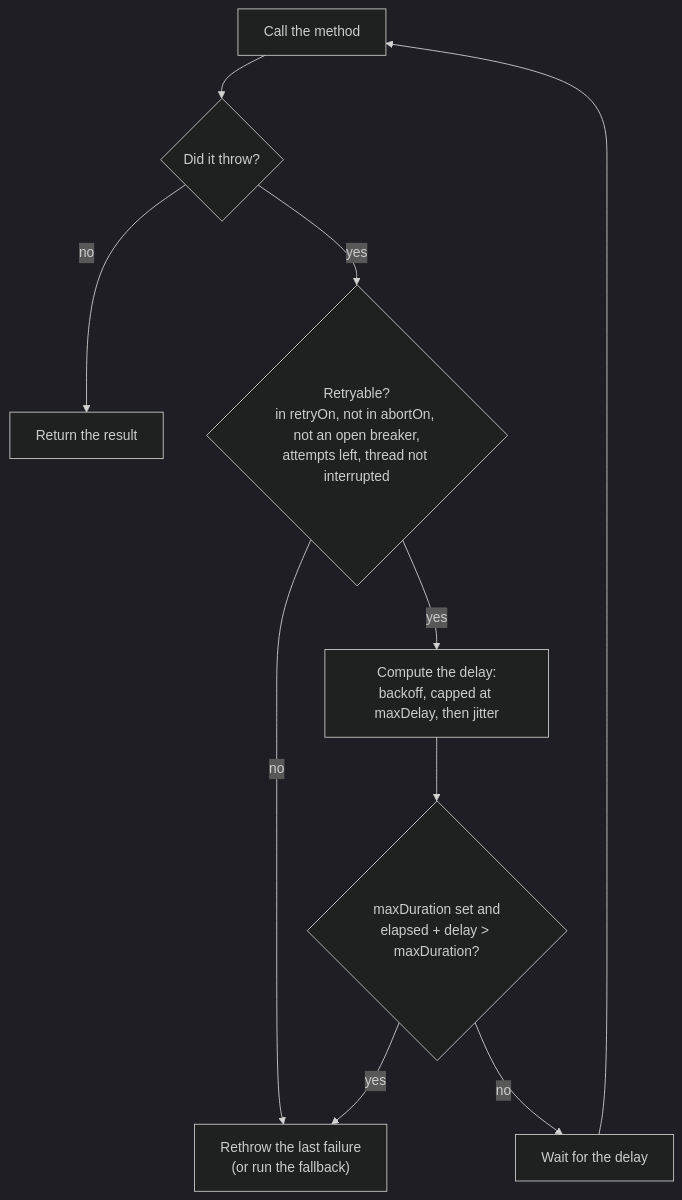
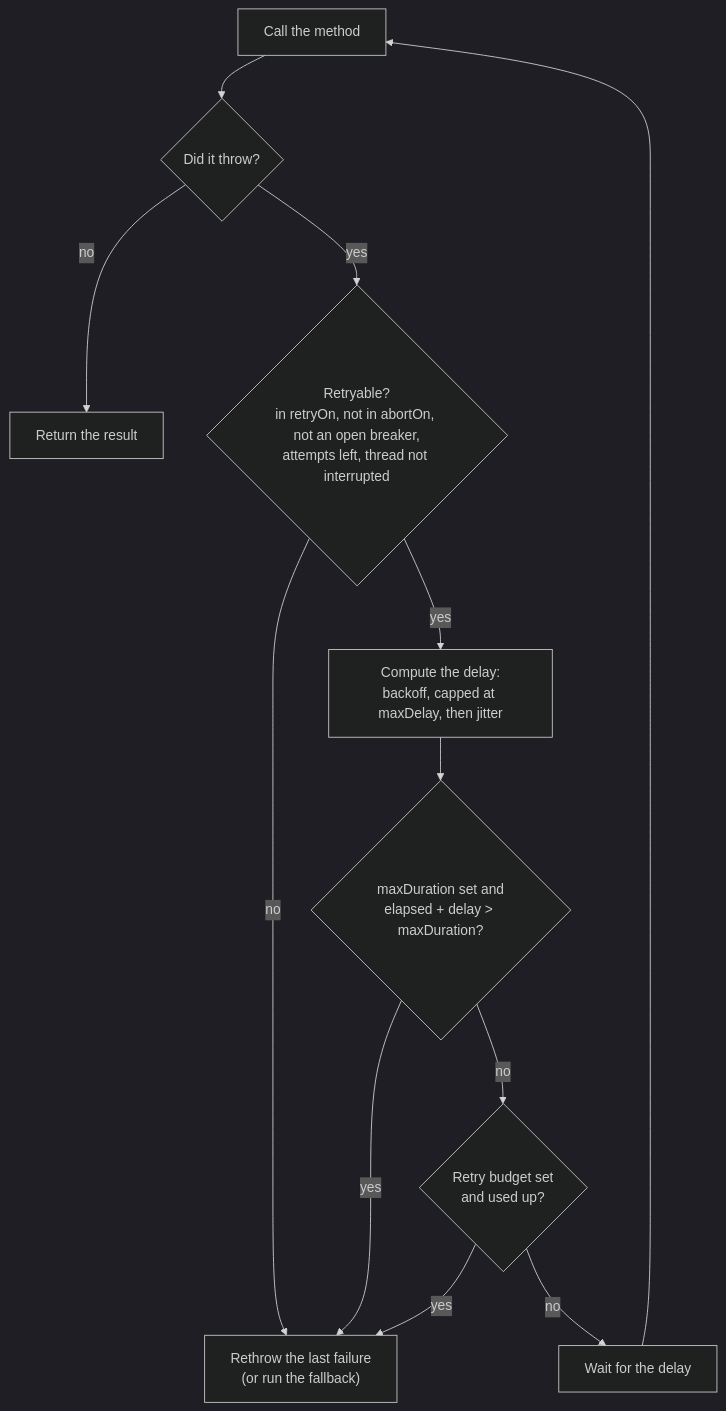
Before and after one commit to fabiangftech/resilience4cata: the diagram in docs/en/policies/retry.md, drawn with Mermaid (dark theme). The commit also changed other lines of this file and 98 other files, not shown here.

````diff
--- a/docs/en/policies/retry.md
+++ b/docs/en/policies/retry.md
@@ -78,11 +78,13 @@
 ```mermaid
 flowchart TD
     attempt["Call the method"] --> threw{"Did it throw?"}
     threw -- no --> done["Return the result"]
     threw -- yes --> retryable{"Retryable?<br/>in retryOn, not in abortOn, not an open breaker,<br/>attempts left, thread not interrupted"}
     retryable -- no --> fail["Rethrow the last failure<br/>(or run the fallback)"]
     retryable -- yes --> delay["Compute the delay:<br/>backoff, capped at maxDelay, then jitter"]
     delay --> budget{"maxDuration set and<br/>elapsed + delay > maxDuration?"}
     budget -- yes --> fail
-    budget -- no --> sleep["Wait for the delay"] --> attempt
+    budget -- no --> retryBudget{"Retry budget set<br/>and used up?"}
+    retryBudget -- yes --> fail
+    retryBudget -- no --> sleep["Wait for the delay"] --> attempt
 ```
````
